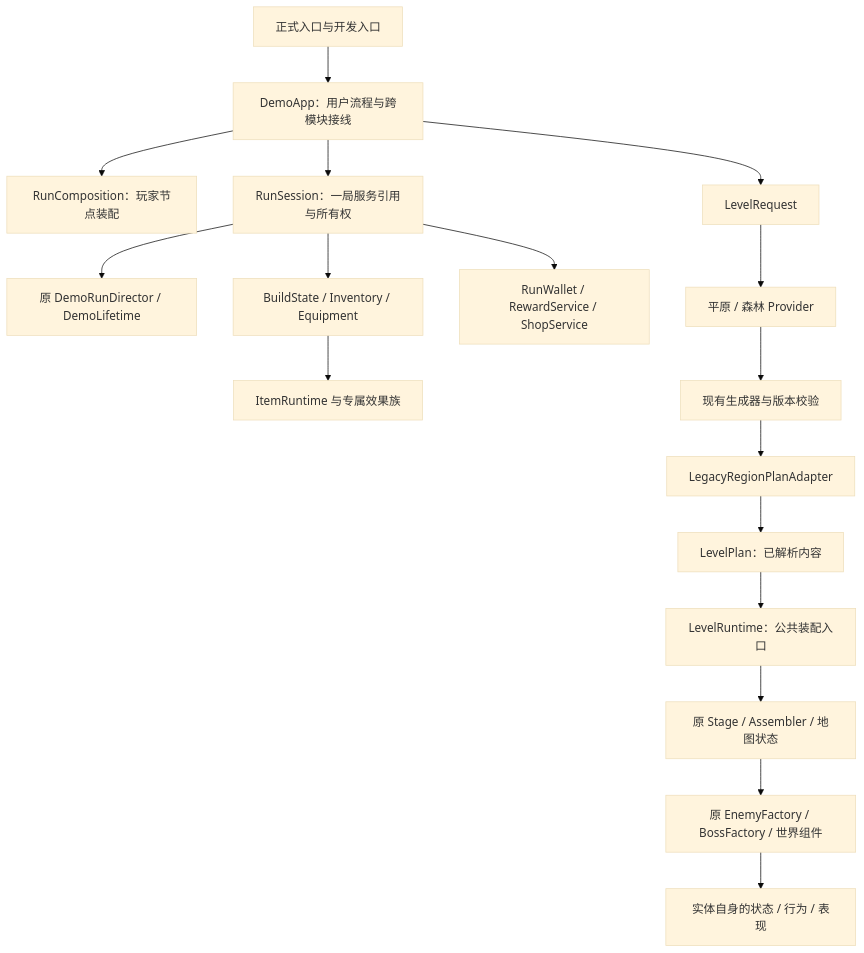
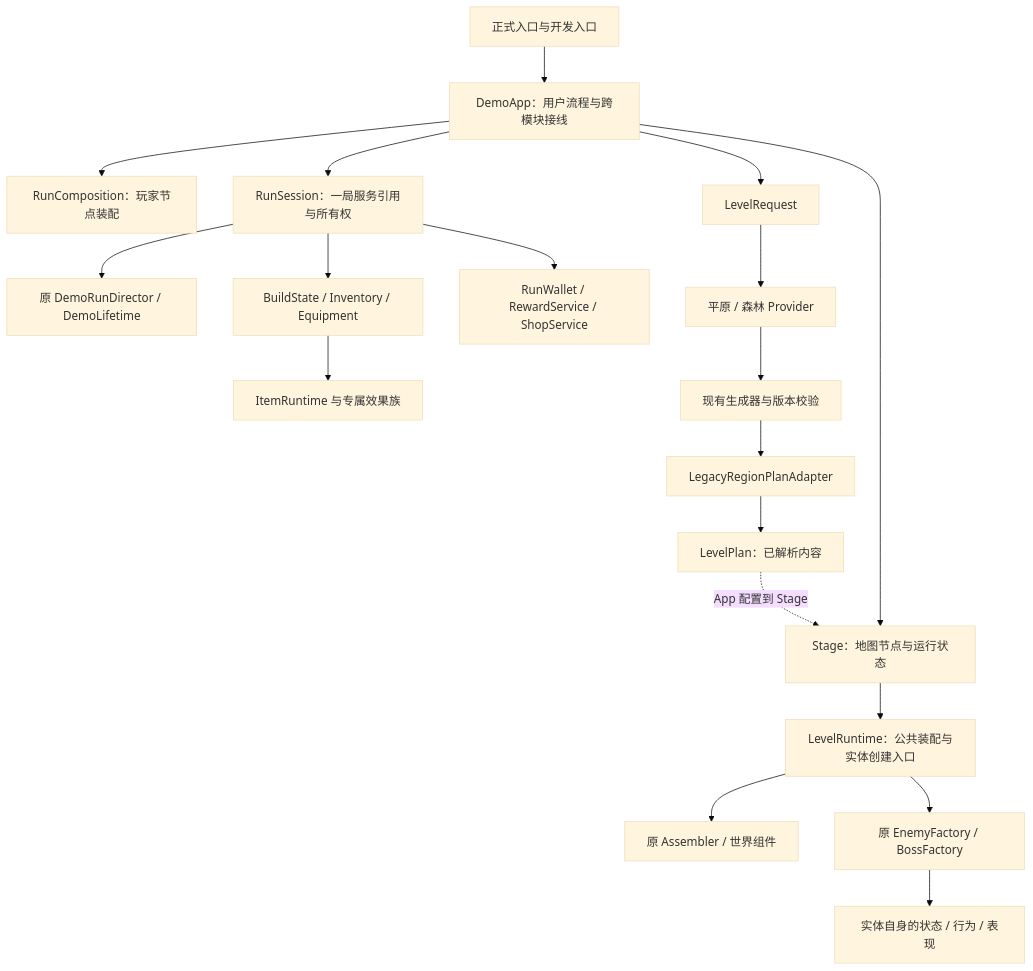
The diagram in docs/architecture.md (zhipijun1996/gunman-rush), drawn with Mermaid (base theme) before and after one commit. The commit also changed other lines of this file and 173 other files, not shown here.

````diff
--- a/docs/architecture.md
+++ b/docs/architecture.md
@@ -7,19 +7,21 @@
 ```mermaid
 flowchart TD
     Entry[正式入口与开发入口] --> App[DemoApp：用户流程与跨模块接线]
     App --> Composition[RunComposition：玩家节点装配]
     App --> Session[RunSession：一局服务引用与所有权]
     Session --> Flow[原 DemoRunDirector / DemoLifetime]
     Session --> Build[BuildState / Inventory / Equipment]
     Session --> Economy[RunWallet / RewardService / ShopService]
     App --> Request[LevelRequest]
     Request --> Provider[平原 / 森林 Provider]
     Provider --> Legacy[现有生成器与版本校验]
     Legacy --> Adapter[LegacyRegionPlanAdapter]
     Adapter --> Plan[LevelPlan：已解析内容]
-    Plan --> Runtime[LevelRuntime：公共装配入口]
-    Runtime --> Stage[原 Stage / Assembler / 地图状态]
-    Stage --> Factory[原 EnemyFactory / BossFactory / 世界组件]
+    App --> Stage[Stage：地图节点与运行状态]
+    Plan -. App 配置到 Stage .-> Stage
+    Stage --> Runtime[LevelRuntime：公共装配与实体创建入口]
+    Runtime --> Assembler[原 Assembler / 世界组件]
+    Runtime --> Factory[原 EnemyFactory / BossFactory]
     Factory --> Entity[实体自身的状态 / 行为 / 表现]
     Build --> Effects[ItemRuntime 与专属效果族]
 ```
````
